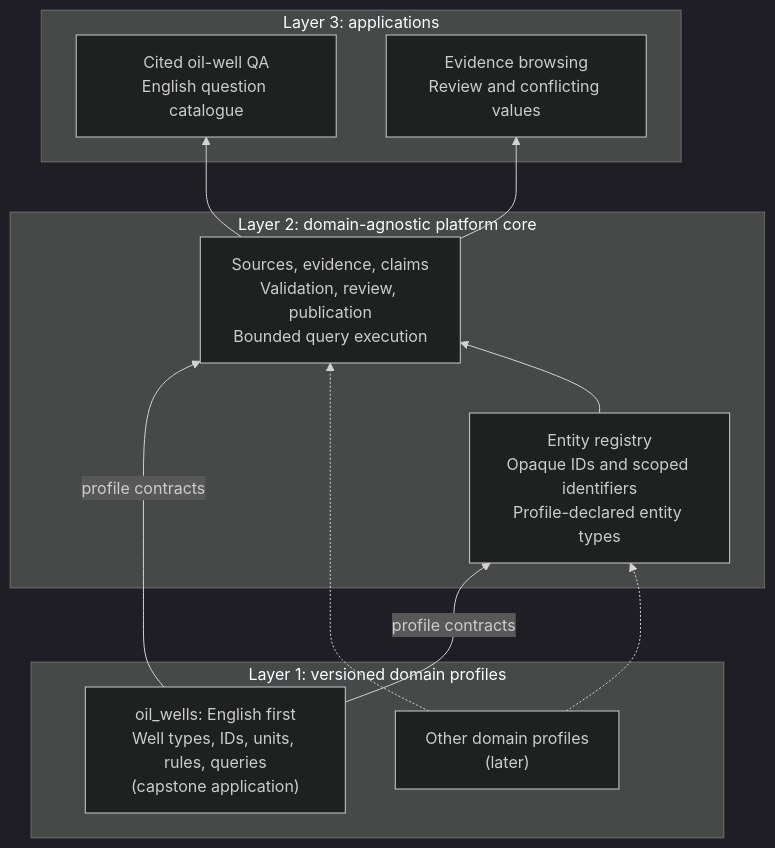
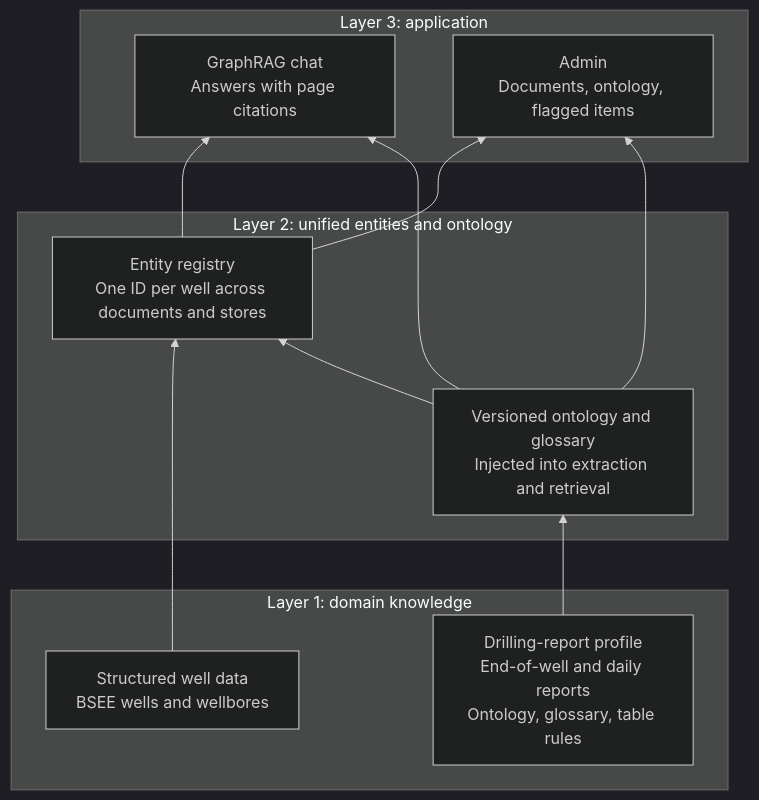
One commit to thaitri2005/Secure-O-G-LLM-and-Knowledge-Graph changed the first of 6 diagrams in docs/PROJECT_DESIGN.md. Above: the diagram before and after it, drawn with Mermaid (dark theme). The commit also changed other lines of this file and 25 other files, not shown here.

First line of the commit message:
Rewrite docs for the 28 October direction: GraphRAG on drilling reports

````diff
--- a/docs/PROJECT_DESIGN.md
+++ b/docs/PROJECT_DESIGN.md
@@ -89,19 +89,20 @@
 ```mermaid
 flowchart BT
-    subgraph L1["Layer 1: versioned domain profiles"]
-        OIL["oil_wells: English first<br/>Well types, IDs, units, rules, queries<br/>(capstone application)"]
-        NEXT["Other domain profiles<br/>(later)"]
+    subgraph L1["Layer 1: domain knowledge"]
+        OIL["Drilling-report profile<br/>End-of-well and daily reports<br/>Ontology, glossary, table rules"]
+        DATA["Structured well data<br/>BSEE wells and wellbores"]
     end
-    subgraph L2["Layer 2: domain-agnostic platform core"]
-        REG["Entity registry<br/>Opaque IDs and scoped identifiers<br/>Profile-declared entity types"]
-        CORE["Sources, evidence, claims<br/>Validation, review, publication<br/>Bounded query execution"]
+    subgraph L2["Layer 2: unified entities and ontology"]
+        REG["Entity registry<br/>One ID per well across documents and stores"]
+        ONT["Versioned ontology and glossary<br/>Injected into extraction and retrieval"]
     end
-    subgraph L3["Layer 3: applications"]
-        QA["Cited oil-well QA<br/>English question catalogue"]
-        BR["Evidence browsing<br/>Review and conflicting values"]
+    subgraph L3["Layer 3: application"]
+        QA["GraphRAG chat<br/>Answers with page citations"]
+        ADM["Admin<br/>Documents, ontology, flagged items"]
     end
-    OIL -->|"profile contracts"| REG & CORE
-    NEXT -.-> REG & CORE
-    REG --> CORE
-    CORE --> QA & BR
+    OIL --> ONT
+    DATA --> REG
+    ONT --> REG
+    REG --> QA & ADM
+    ONT --> QA & ADM
 ```
````
